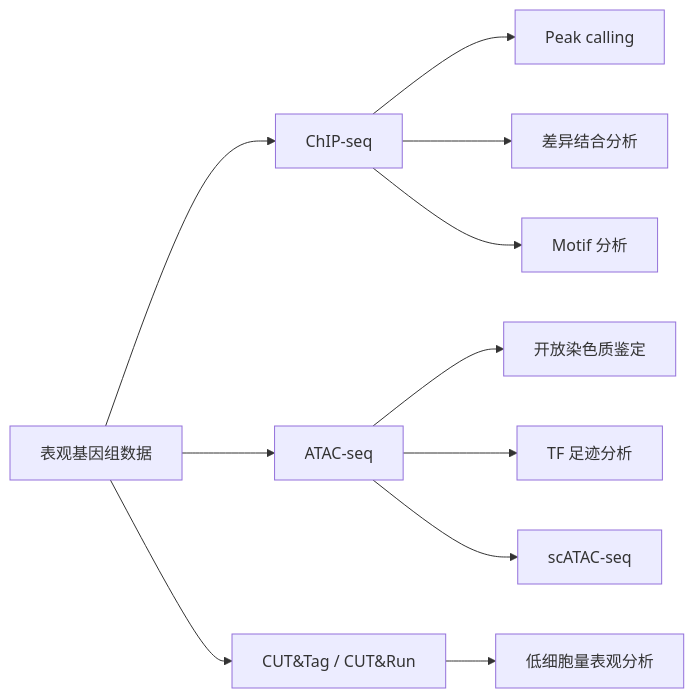
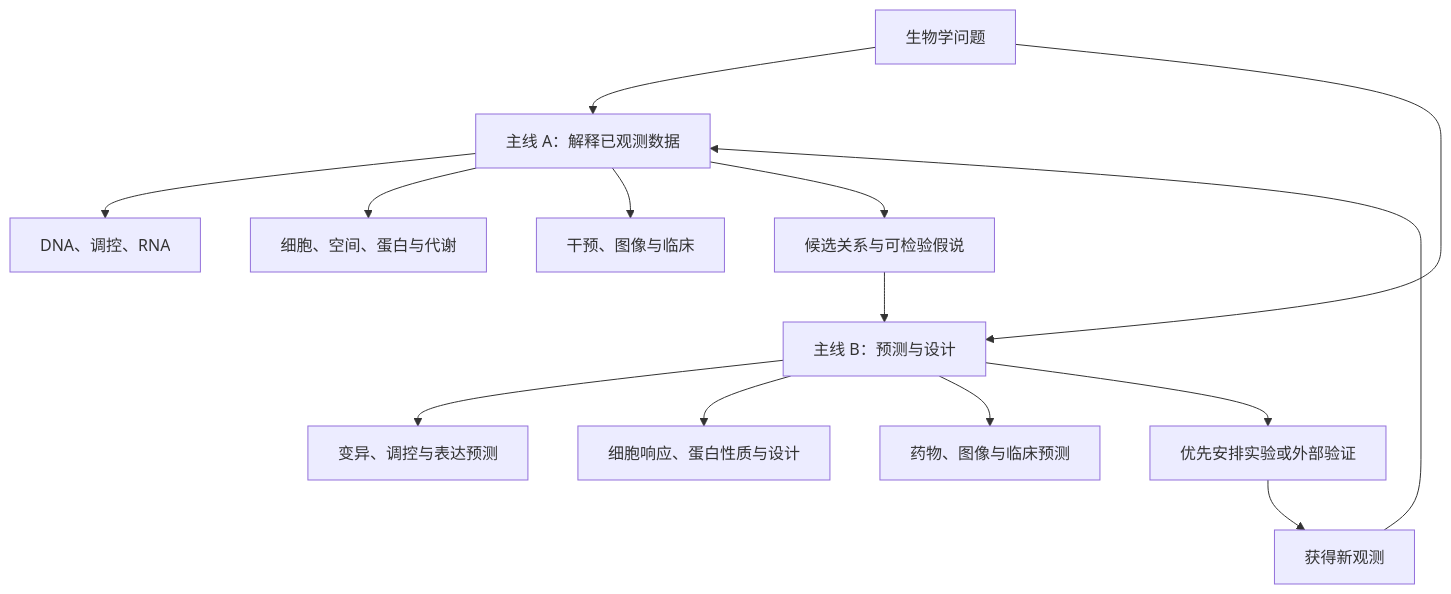
One commit to WangHrYii/BioInfo changed the first of 2 diagrams in docs/00-skill-tree.md. Above: the diagram before and after it, drawn with Mermaid. The commit also changed other lines of this file and 30 other files, not shown here.

````diff
--- a/docs/00-skill-tree.md
+++ b/docs/00-skill-tree.md
@@ -103,16 +14,16 @@
 ```mermaid
-graph LR
-    EPI["表观基因组数据"] --> CHIP["ChIP-seq"]
-    EPI --> ATAC["ATAC-seq"]
-    EPI --> CUT["CUT&Tag / CUT&Run"]
-
-    CHIP --> C1["Peak calling"]
-    CHIP --> C2["差异结合分析"]
-    CHIP --> C3["Motif 分析"]
-
-    ATAC --> A1["开放染色质鉴定"]
-    ATAC --> A2["TF 足迹分析"]
-    ATAC --> A3["scATAC-seq"]
-
-    CUT --> CUT1["低细胞量表观分析"]
+graph TD
+    ROOT["生物学问题"] --> A["主线 A：解释已观测数据"]
+    ROOT --> B["主线 B：预测与设计"]
+    A --> A1["DNA、调控、RNA"]
+    A --> A2["细胞、空间、蛋白与代谢"]
+    A --> A3["干预、图像与临床"]
+    B --> B1["变异、调控与表达预测"]
+    B --> B2["细胞响应、蛋白性质与设计"]
+    B --> B3["药物、图像与临床预测"]
+    A --> E["候选关系与可检验假说"]
+    E --> B
+    B --> C["优先安排实验或外部验证"]
+    C --> D["获得新观测"]
+    D --> A
 ```
````
